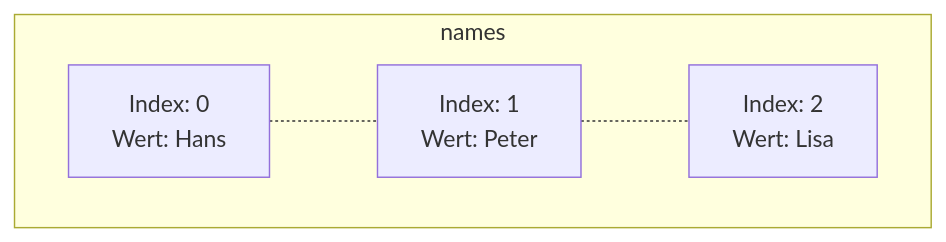
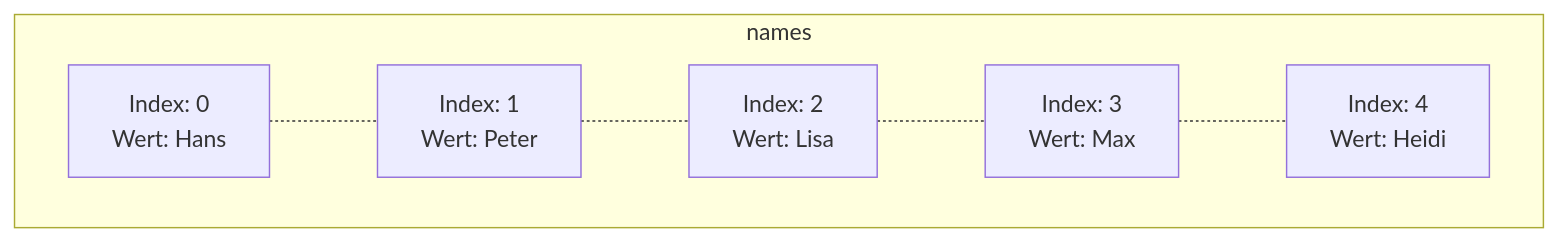
One commit to jappuccini/java-docs changed the diagram in docs/documentation/arrays.md. Above: the diagram before and after it, drawn with Mermaid.

````diff
--- a/docs/documentation/arrays.md
+++ b/docs/documentation/arrays.md
@@ -11,6 +11,9 @@
 ```mermaid
 flowchart
     subgraph names
-        a[Index: 0\nWert: Hans] -.- b[Index: 1\nWert: Peter] -.- c[Index: 2\nWert: Lisa]
+        a[Index: 0\nWert: Hans] -.- b[Index: 1\nWert: Peter]
+        b -.- c[Index: 2\nWert: Lisa]
+        c -.- d[Index: 3\nWert: Max]
+        d -.- e[Index: 4\nWert: Heidi]
     end
 ``` 
````
